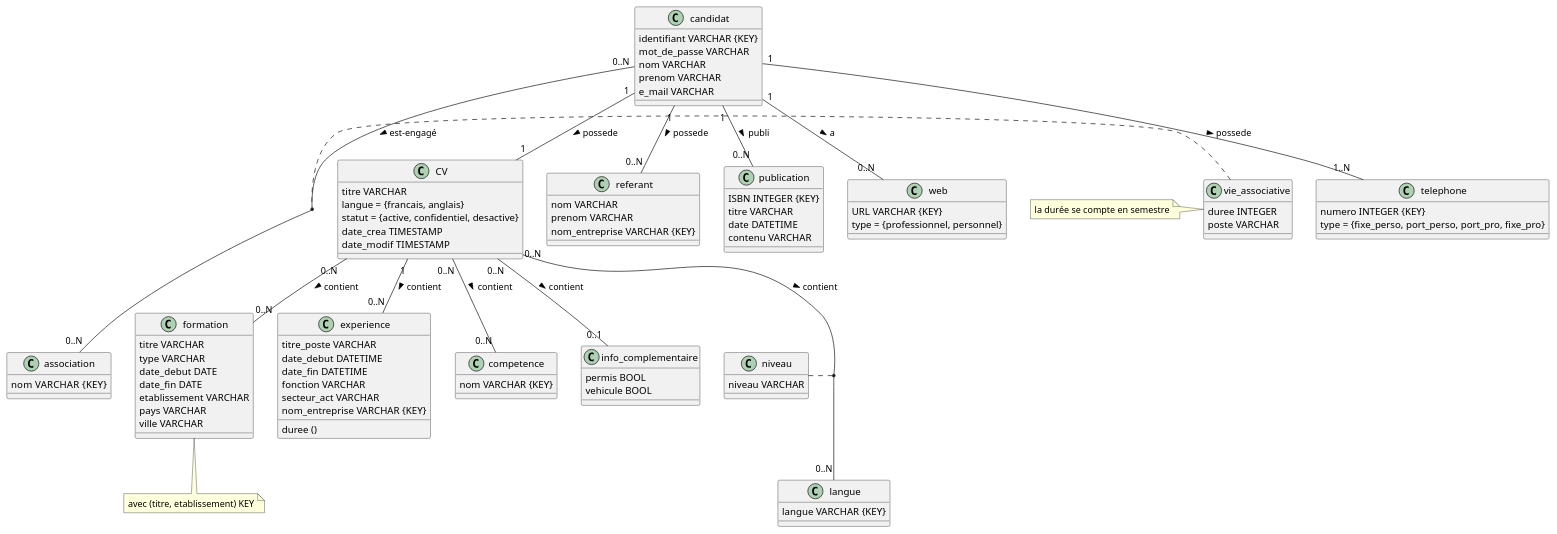
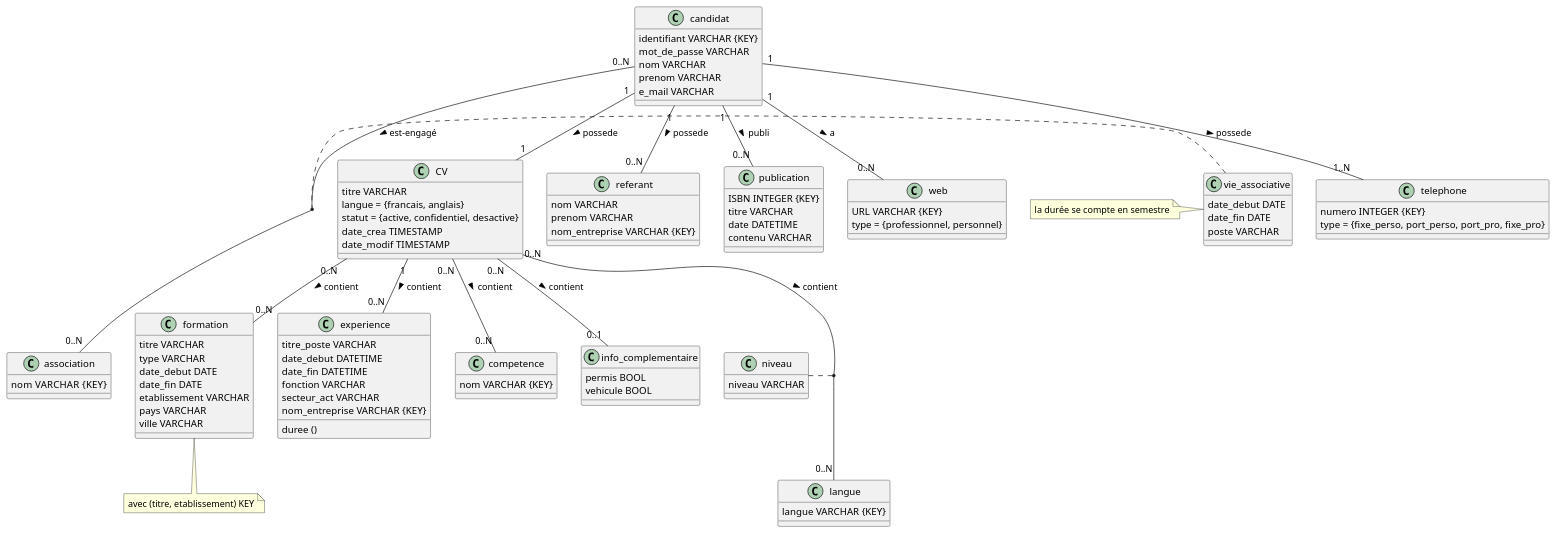
Before and after one commit to louisepght/database_CVtheque: the diagram in UML.plantUML, drawn with PlantUML.

```diff
--- a/UML.plantUML
+++ b/UML.plantUML
@@ -1,121 +1,122 @@
 @startuml
 
 CV "0..N" -- "0..N" formation : contient >
 
 CV "1" -- "0..N" experience : contient >
 
 CV "0..N" -- "0..N" competence : contient >
 
 CV "0..N" -- "0..N" langue : contient >
 
 CV "0..N" -- "0..1" info_complementaire : contient >
 
 candidat "1" -- "1" CV : possede >
 
 candidat "1"-- "0..N" referant : possede >
 
 candidat "1" -- "0..N" publication : publi >
 
 candidat "1" -- "0..N" web : a > 
 
 candidat "1" -- "1..N" telephone : possede >
 
 candidat "0..N" -- "0..N" association : est-engagé >
 
 niveau .. (CV, langue)
 
 vie_associative .. (association, candidat)
 
 note left of vie_associative : la durée se compte en semestre
 
 class vie_associative{
-    duree INTEGER 
+    date_debut DATE
+    date_fin DATE
     poste VARCHAR
 }
 
 class niveau {
     niveau VARCHAR
 }
 
 class CV {
   titre VARCHAR 
   langue = {francais, anglais}
   statut = {active, confidentiel, desactive}
   date_crea TIMESTAMP
   date_modif TIMESTAMP
 }
 
 class formation { 
   titre VARCHAR 
   type VARCHAR 
   date_debut DATE
   date_fin DATE
   etablissement VARCHAR 
   pays VARCHAR
   ville VARCHAR
 }
 
 class formation
 note bottom: avec (titre, etablissement) KEY
 
 class experience{
     titre_poste VARCHAR 
     date_debut DATETIME 
     date_fin DATETIME 
     fonction VARCHAR 
     secteur_act VARCHAR 
     nom_entreprise VARCHAR {KEY} 
     duree ()
 }
 
 class competence{
     nom VARCHAR {KEY}
 }
 
 class langue{
     langue VARCHAR {KEY}
 }
 
 class info_complementaire{
     permis BOOL
     vehicule BOOL
 }
 
 class candidat{
     identifiant VARCHAR {KEY}
     mot_de_passe VARCHAR 
     nom VARCHAR
     prenom VARCHAR
     e_mail VARCHAR
 }
 
 class referant{
     nom VARCHAR
     prenom VARCHAR
     nom_entreprise VARCHAR {KEY}
 }
 
 class publication{
     ISBN INTEGER {KEY}
     titre VARCHAR 
     date DATETIME 
     contenu VARCHAR 
 }
 
 class web {
     URL VARCHAR {KEY}
     type = {professionnel, personnel}
 }
 
 class telephone {
     numero INTEGER {KEY}
     type = {fixe_perso, port_perso, port_pro, fixe_pro}
 }
 
 class association{
     nom VARCHAR  {KEY}
 }
 
 
 
 @enduml
```
